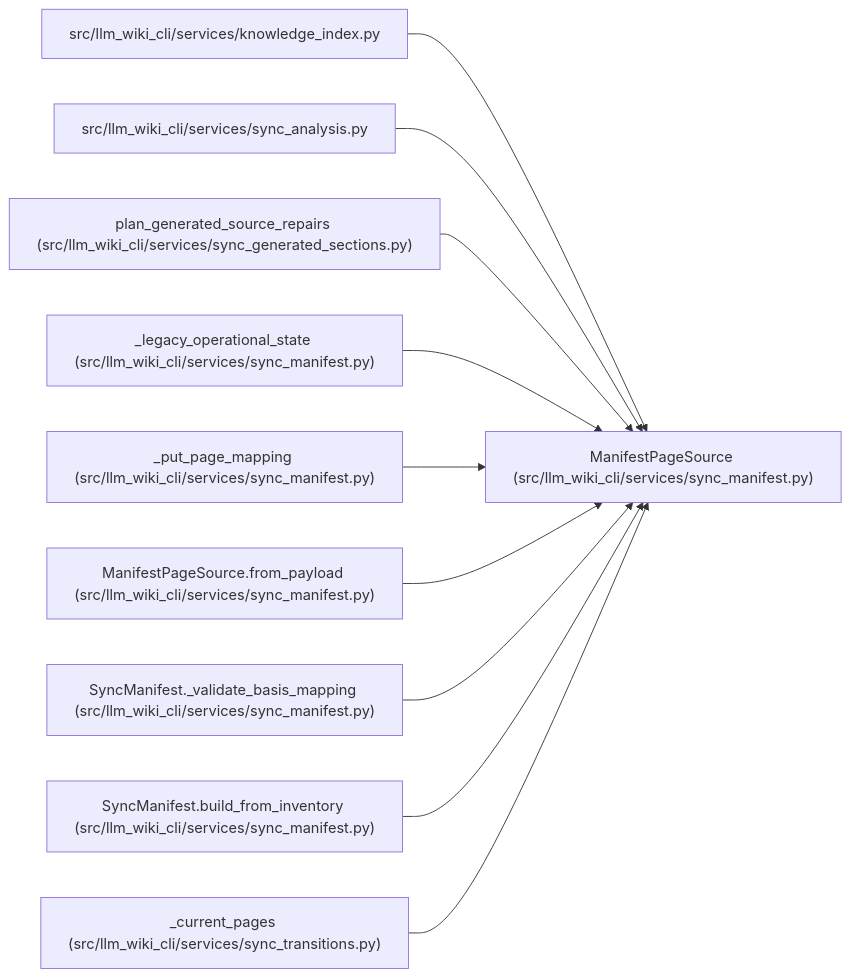
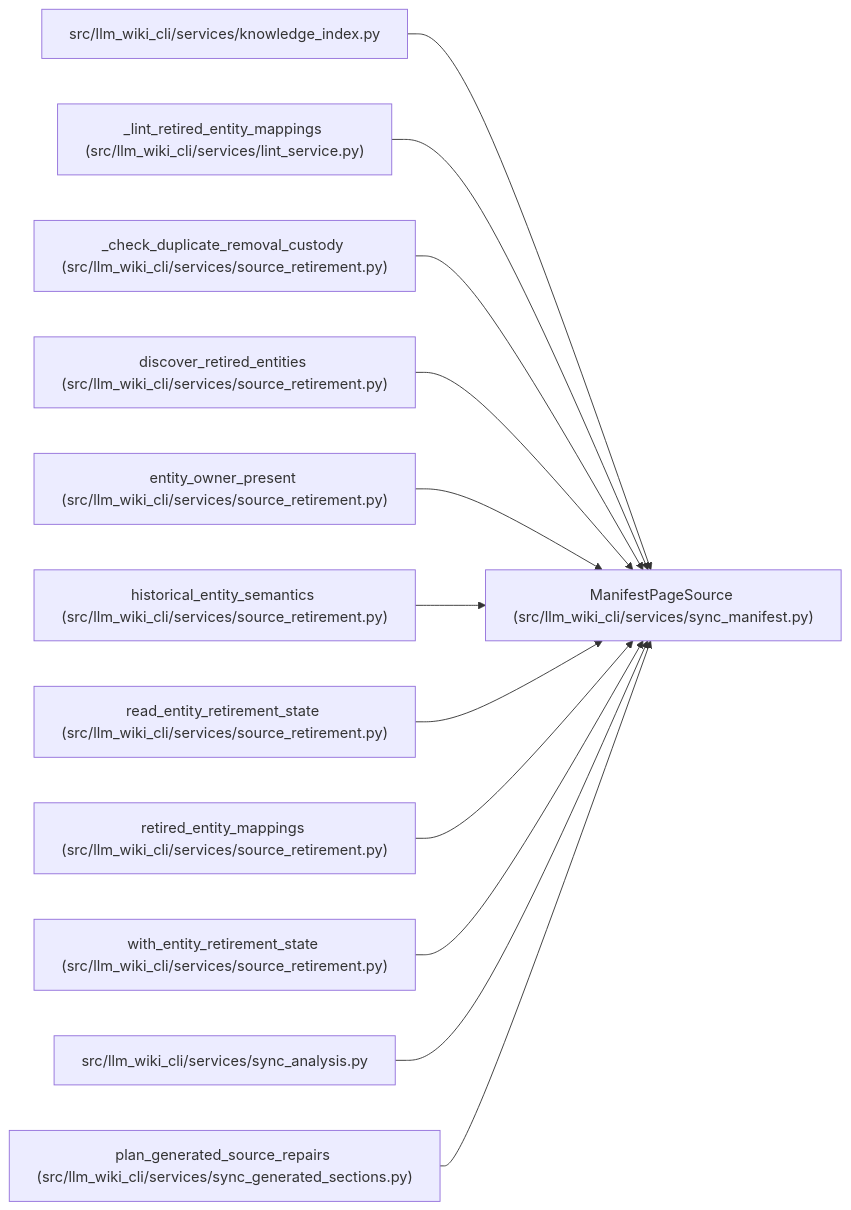
One commit to Denissvgn/python-wiki-llm changed the diagram in docs/llm_wiki/entities/ManifestPageSource.md. Above: the diagram before and after it, drawn with Mermaid. The commit also changed other lines of this file and 473 other files, not shown here.

Commit message:
docs(wiki): document source member retirement and custody

````diff
--- a/docs/llm_wiki/entities/ManifestPageSource.md
+++ b/docs/llm_wiki/entities/ManifestPageSource.md
@@ -34,32 +34,38 @@
 ```mermaid
 flowchart LR
     n0["ManifestPageSource (src/llm_wiki_cli/services/sync_manifest.py)"]
     n1["src/llm_wiki_cli/services/knowledge_index.py"]
-    n2["src/llm_wiki_cli/services/sync_analysis.py"]
-    n3["plan_generated_source_repairs (src/llm_wiki_cli/services/sync_generated_sections.py)"]
-    n4["_legacy_operational_state (src/llm_wiki_cli/services/sync_manifest.py)"]
-    n5["_put_page_mapping (src/llm_wiki_cli/services/sync_manifest.py)"]
-    n6["ManifestPageSource.from_payload (src/llm_wiki_cli/services/sync_manifest.py)"]
-    n7["SyncManifest._validate_basis_mapping (src/llm_wiki_cli/services/sync_manifest.py)"]
-    n8["SyncManifest.build_from_inventory (src/llm_wiki_cli/services/sync_manifest.py)"]
-    n9["_current_pages (src/llm_wiki_cli/services/sync_transitions.py)"]
+    n2["_lint_retired_entity_mappings (src/llm_wiki_cli/services/lint_service.py)"]
+    n3["_check_duplicate_removal_custody (src/llm_wiki_cli/services/source_retirement.py)"]
+    n4["discover_retired_entities (src/llm_wiki_cli/services/source_retirement.py)"]
+    n5["entity_owner_present (src/llm_wiki_cli/services/source_retirement.py)"]
+    n6["historical_entity_semantics (src/llm_wiki_cli/services/source_retirement.py)"]
+    n7["read_entity_retirement_state (src/llm_wiki_cli/services/source_retirement.py)"]
+    n8["retired_entity_mappings (src/llm_wiki_cli/services/source_retirement.py)"]
+    n9["with_entity_retirement_state (src/llm_wiki_cli/services/source_retirement.py)"]
+    n10["src/llm_wiki_cli/services/sync_analysis.py"]
+    n11["plan_generated_source_repairs (src/llm_wiki_cli/services/sync_generated_sections.py)"]
     n1 --> n0
     n2 --> n0
     n3 --> n0
     n4 --> n0
     n5 --> n0
     n6 --> n0
     n7 --> n0
     n8 --> n0
     n9 --> n0
+    n10 --> n0
+    n11 --> n0
     click n0 "../modules/sync_manifest.md"
     click n1 "../modules/knowledge_index.md"
-    click n2 "../modules/sync_analysis.md"
-    click n3 "../modules/sync_generated_sections.md"
-    click n4 "../modules/sync_manifest.md"
-    click n5 "../modules/sync_manifest.md"
-    click n6 "../modules/sync_manifest.md"
-    click n7 "../modules/sync_manifest.md"
-    click n8 "../modules/sync_manifest.md"
-    click n9 "../modules/sync_transitions.md"
+    click n2 "../modules/lint_service.md"
+    click n3 "../modules/source_retirement.md"
+    click n4 "../modules/source_retirement.md"
+    click n5 "../modules/source_retirement.md"
+    click n6 "../modules/source_retirement.md"
+    click n7 "../modules/source_retirement.md"
+    click n8 "../modules/source_retirement.md"
+    click n9 "../modules/source_retirement.md"
+    click n10 "../modules/sync_analysis.md"
+    click n11 "../modules/sync_generated_sections.md"
 ```
````
